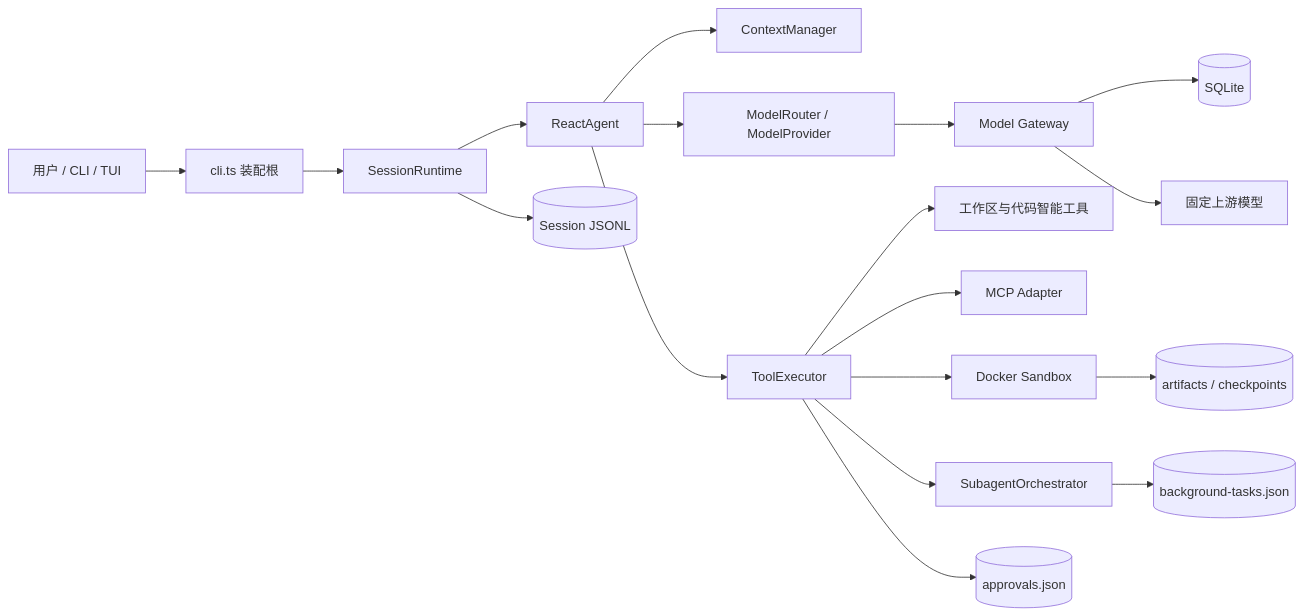
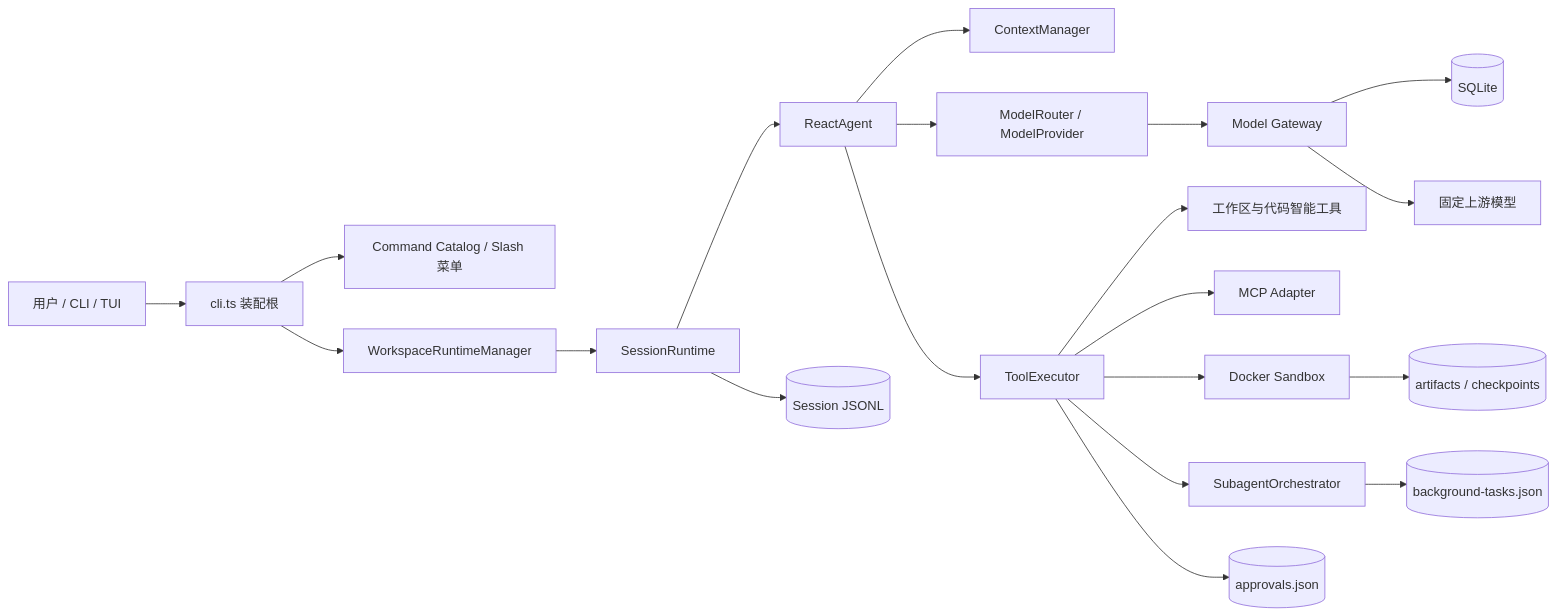
One commit to qianqi7777/EchoLens-Agent changed the diagram in doc/功能链路/README.md. Above: the diagram before and after it, drawn with Mermaid. The commit also changed other lines of this file and 14 other files, not shown here.

````diff
--- a/doc/功能链路/README.md
+++ b/doc/功能链路/README.md
@@ -21,20 +22,22 @@
 ```mermaid
 flowchart LR
   U[用户 / CLI / TUI] --> C[cli.ts 装配根]
-  C --> SR[SessionRuntime]
+  C --> CC[Command Catalog / Slash 菜单]
+  C --> WM[WorkspaceRuntimeManager]
+  WM --> SR[SessionRuntime]
   SR --> RA[ReactAgent]
   RA --> CM[ContextManager]
   RA --> MR[ModelRouter / ModelProvider]
   RA --> TE[ToolExecutor]
   TE --> WT[工作区与代码智能工具]
   TE --> MCP[MCP Adapter]
   TE --> SB[Docker Sandbox]
   TE --> SA[SubagentOrchestrator]
   SR --> ES[(Session JSONL)]
   TE --> AP[(approvals.json)]
   SB --> AR[(artifacts / checkpoints)]
   SA --> Q[(background-tasks.json)]
   MR --> G[Model Gateway]
   G --> DB[(SQLite)]
   G --> UP[固定上游模型]
 ```
````
